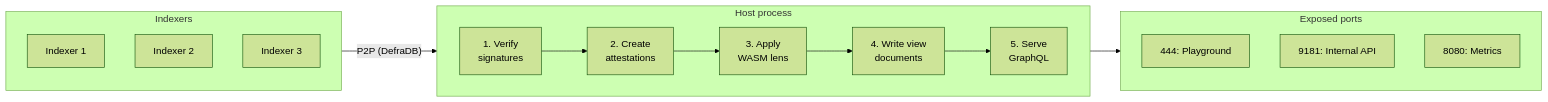
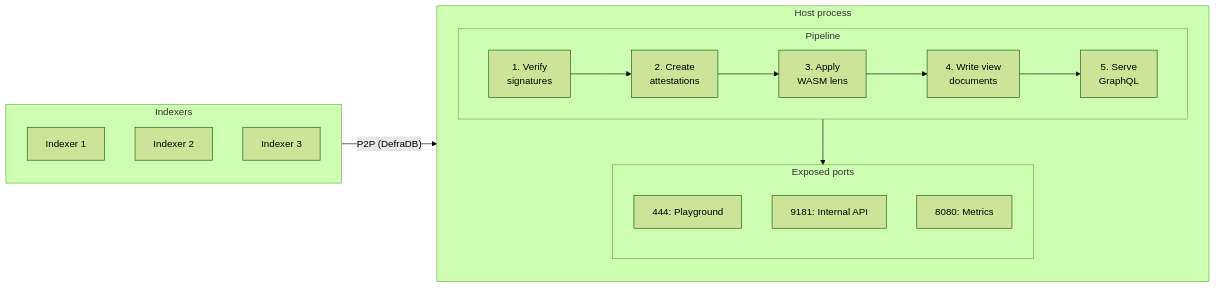
The first of 3 diagrams in content/reference/components/host-client/index.mdx (shinzonetwork/docs), drawn with Mermaid (forest theme) before and after one commit.

Commit message:
Nests host ports inside the host process subgraph.

````diff
--- a/content/reference/components/host-client/index.mdx
+++ b/content/reference/components/host-client/index.mdx
@@ -11,27 +11,29 @@
 ```mermaid
 flowchart LR
   subgraph Indexers["Indexers"]
     direction TB
     I1["Indexer 1"]
     I2["Indexer 2"]
     I3["Indexer 3"]
   end
 
   subgraph HOST["Host process"]
-    direction LR
-    S1["1. Verify<br/>signatures"] --> S2["2. Create<br/>attestations"]
-    S2 --> S3["3. Apply<br/>WASM lens"]
-    S3 --> S4["4. Write view<br/>documents"]
-    S4 --> S5["5. Serve<br/>GraphQL"]
-  end
-
-  subgraph Ports["Exposed ports"]
     direction TB
-    P444["444: Playground"]
-    P9181["9181: Internal API"]
-    P8080["8080: Metrics"]
+    subgraph Pipeline["Pipeline"]
+      direction LR
+      S1["1. Verify<br/>signatures"] --> S2["2. Create<br/>attestations"]
+      S2 --> S3["3. Apply<br/>WASM lens"]
+      S3 --> S4["4. Write view<br/>documents"]
+      S4 --> S5["5. Serve<br/>GraphQL"]
+    end
+    subgraph Ports["Exposed ports"]
+      direction TB
+      P444["444: Playground"]
+      P9181["9181: Internal API"]
+      P8080["8080: Metrics"]
+    end
+    Pipeline --> Ports
   end
 
   Indexers -- "P2P (DefraDB)" --> HOST
-  HOST --> Ports
 ```
````
